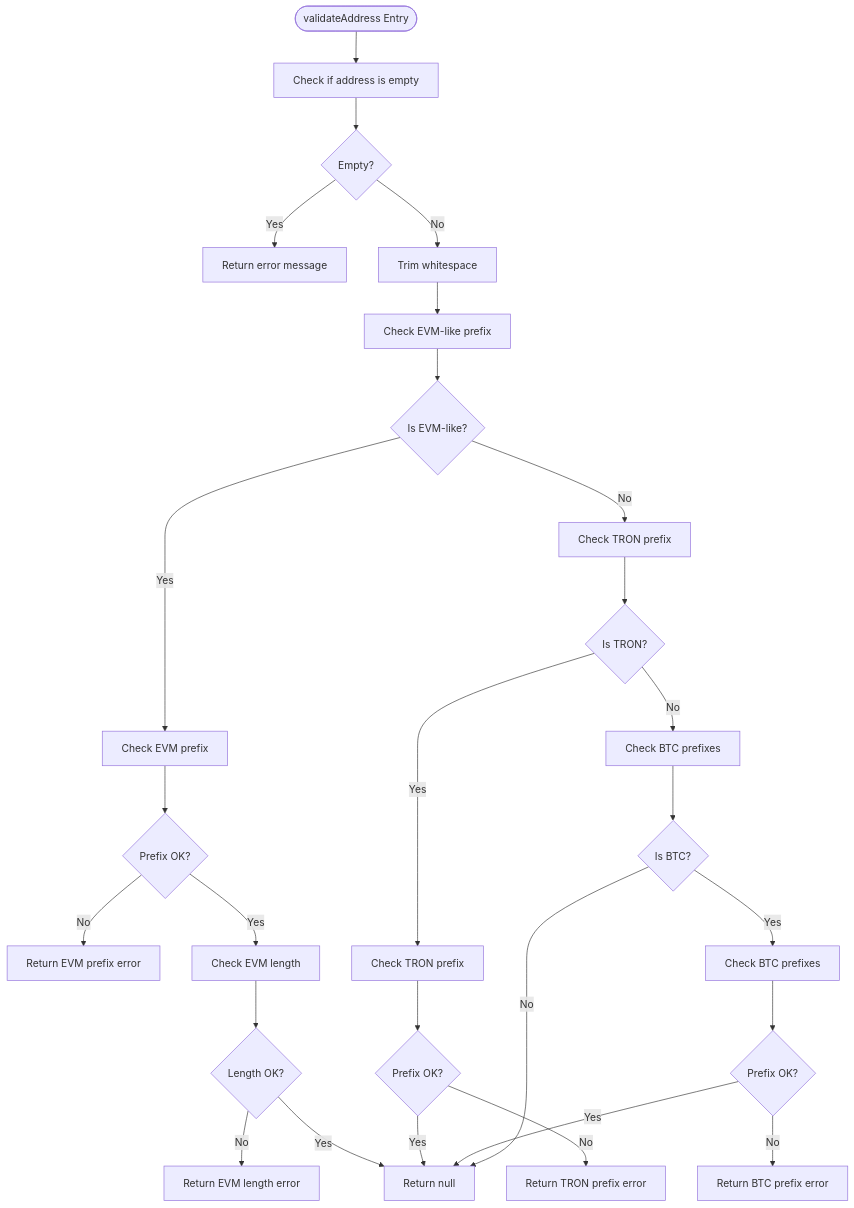
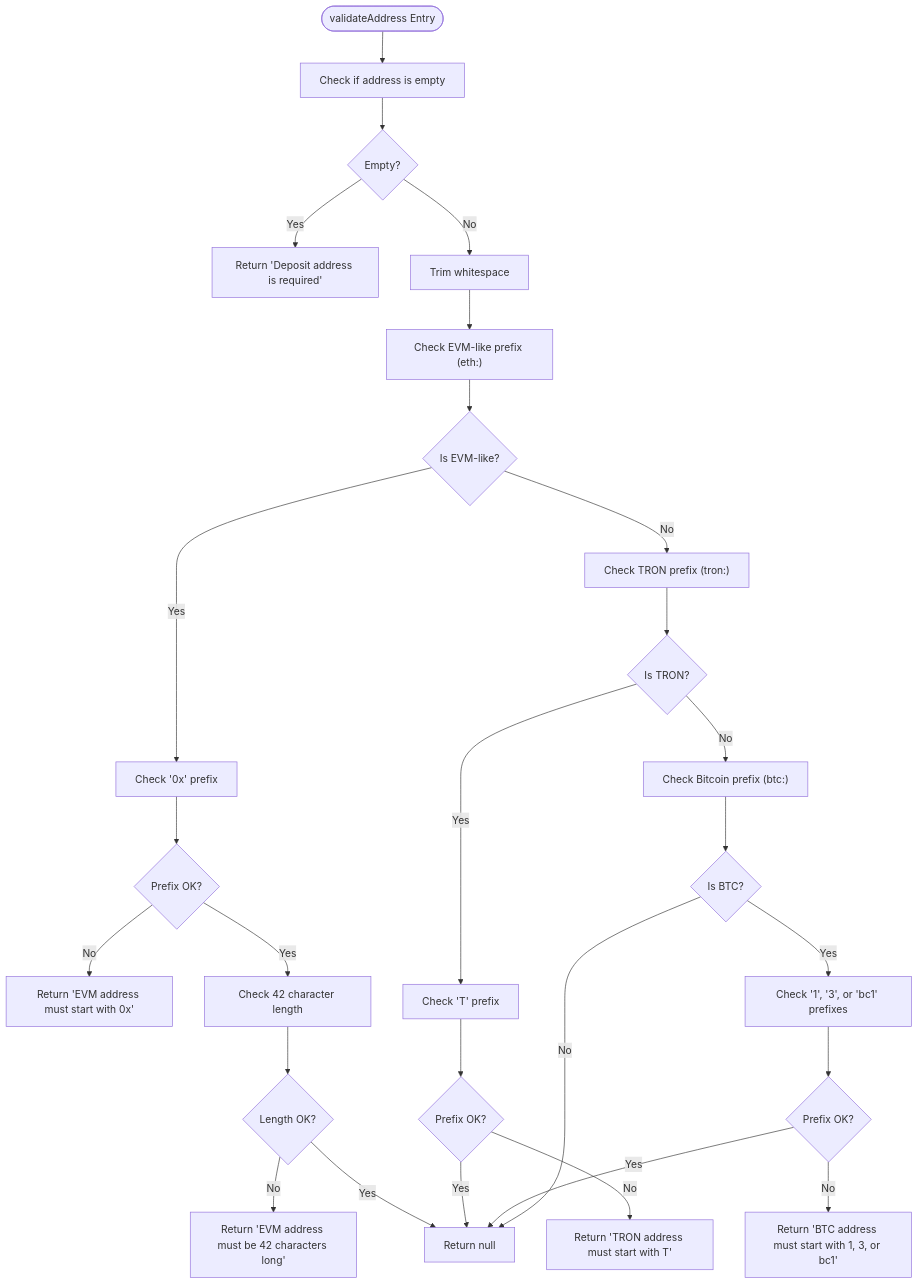
The third of 4 diagrams in .qoder/repowiki/en/content/Technical Architecture/Validation Utilities.md (KaranMakani/deposit-fixer), drawn with Mermaid before and after one commit. The commit also changed other lines of this file and 10 other files, not shown here.

````diff
--- a/.qoder/repowiki/en/content/Technical Architecture/Validation Utilities.md
+++ b/.qoder/repowiki/en/content/Technical Architecture/Validation Utilities.md
@@ -208,29 +297,29 @@
 ```mermaid
 flowchart TD
 Start(["validateAddress Entry"]) --> CheckEmpty["Check if address is empty"]
 CheckEmpty --> Empty{"Empty?"}
-Empty --> |Yes| ReturnErr["Return error message"]
+Empty --> |Yes| ReturnErr["Return 'Deposit address is required'"]
 Empty --> |No| Trim["Trim whitespace"]
-Trim --> CheckEVM["Check EVM-like prefix"]
+Trim --> CheckEVM["Check EVM-like prefix (eth:)"]
 CheckEVM --> IsEVM{"Is EVM-like?"}
-IsEVM --> |Yes| CheckPrefixEVM["Check EVM prefix"]
+IsEVM --> |Yes| CheckPrefixEVM["Check '0x' prefix"]
 CheckPrefixEVM --> PrefixOK{"Prefix OK?"}
-PrefixOK --> |No| ReturnErrPrefixEVM["Return EVM prefix error"]
-PrefixOK --> |Yes| CheckLengthEVM["Check EVM length"]
+PrefixOK --> |No| ReturnErrPrefixEVM["Return 'EVM address must start with 0x'"]
+PrefixOK --> |Yes| CheckLengthEVM["Check 42 character length"]
 CheckLengthEVM --> LengthOK{"Length OK?"}
-LengthOK --> |No| ReturnErrLengthEVM["Return EVM length error"]
+LengthOK --> |No| ReturnErrLengthEVM["Return 'EVM address must be 42 characters long'"]
 LengthOK --> |Yes| ReturnOK["Return null"]
-IsEVM --> |No| CheckTron["Check TRON prefix"]
+IsEVM --> |No| CheckTron["Check TRON prefix (tron:)"]
 CheckTron --> IsTron{"Is TRON?"}
-IsTron --> |Yes| CheckPrefixTron["Check TRON prefix"]
+IsTron --> |Yes| CheckPrefixTron["Check 'T' prefix"]
 CheckPrefixTron --> PrefixOKTron{"Prefix OK?"}
-PrefixOKTron --> |No| ReturnErrPrefixTron["Return TRON prefix error"]
+PrefixOKTron --> |No| ReturnErrPrefixTron["Return 'TRON address must start with T'"]
 PrefixOKTron --> |Yes| ReturnOK
-IsTron --> |No| CheckBtc["Check BTC prefixes"]
+IsTron --> |No| CheckBtc["Check Bitcoin prefix (btc:)"]
 CheckBtc --> IsBtc{"Is BTC?"}
-IsBtc --> |Yes| CheckPrefixBtc["Check BTC prefixes"]
+IsBtc --> |Yes| CheckPrefixBtc["Check '1', '3', or 'bc1' prefixes"]
 CheckPrefixBtc --> PrefixOKBtc{"Prefix OK?"}
-PrefixOKBtc --> |No| ReturnErrPrefixBtc["Return BTC prefix error"]
+PrefixOKBtc --> |No| ReturnErrPrefixBtc["Return 'BTC address must start with 1, 3, or bc1'"]
 PrefixOKBtc --> |Yes| ReturnOK
 IsBtc --> |No| ReturnOK
 ```
````
